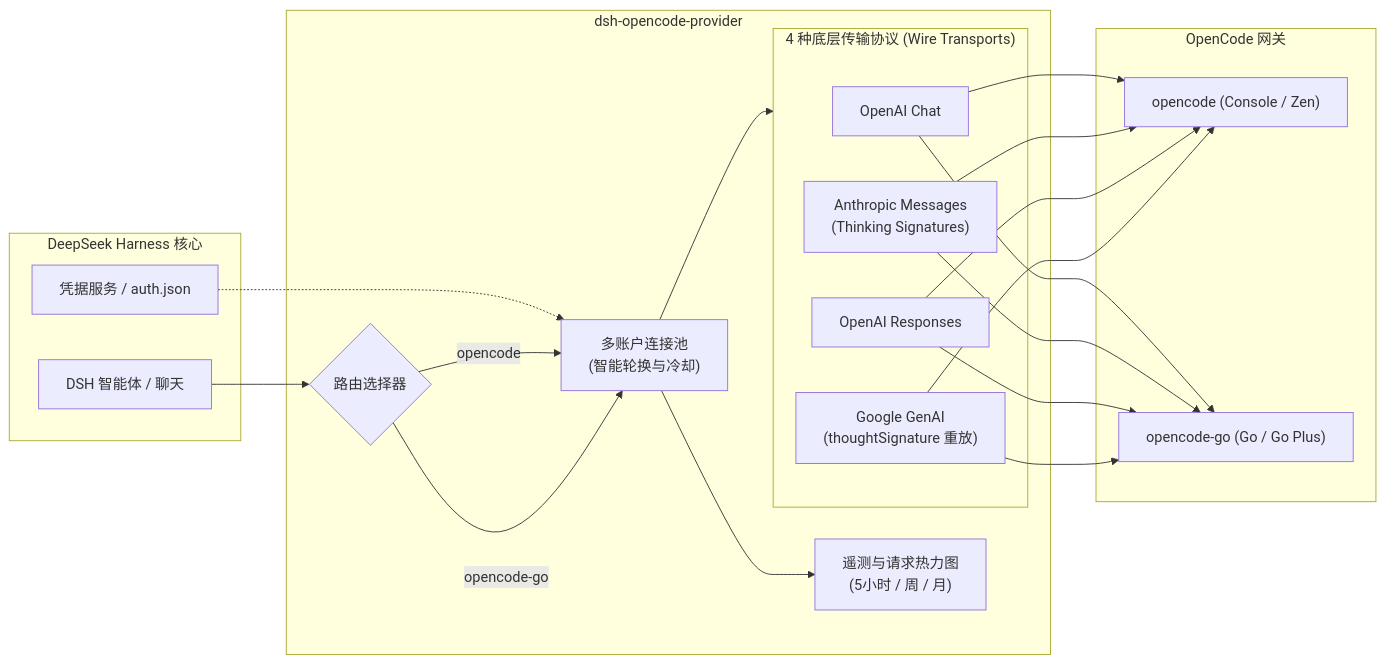
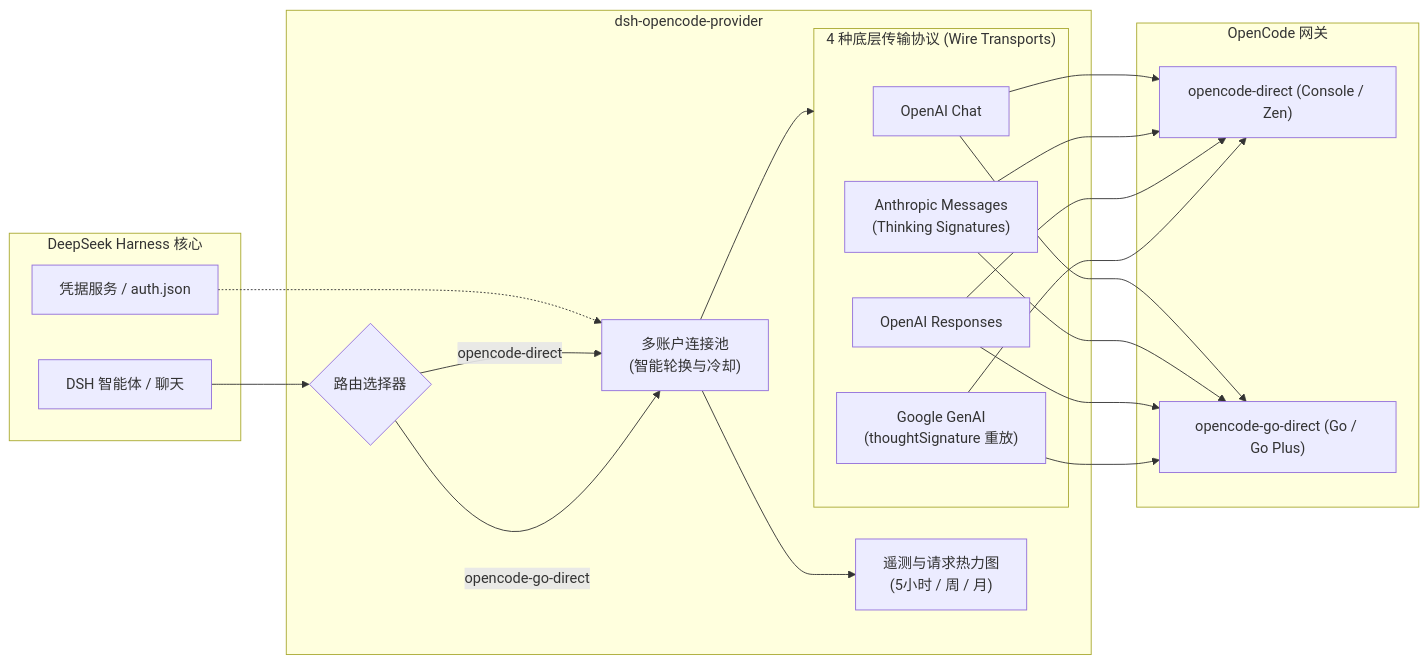
The diagram in README.zh.md (GooDAnDReaDY/dsh-opencode-provider), drawn with Mermaid before and after one commit. The commit also changed other lines of this file and 20 other files, not shown here.

````diff
--- a/README.zh.md
+++ b/README.zh.md
@@ -40,33 +45,33 @@
 ```mermaid
 graph LR
     subgraph DSH["DeepSeek Harness 核心"]
         Agent["DSH 智能体 / 聊天"]
         Creds["凭据服务 / auth.json"]
     end
 
     subgraph Plugin["dsh-opencode-provider"]
         Router{"路由选择器"}
         Pool["多账户连接池<br/>(智能轮换与冷却)"]
         Heatmap["遥测与请求热力图<br/>(5小时 / 周 / 月)"]
         
         subgraph Transports["4 种底层传输协议 (Wire Transports)"]
             T1["OpenAI Chat"]
             T2["Anthropic Messages<br/>(Thinking Signatures)"]
             T3["OpenAI Responses"]
             T4["Google GenAI<br/>(thoughtSignature 重放)"]
         end
     end
 
     subgraph OpenCode["OpenCode 网关"]
-        Console["opencode (Console / Zen)"]
-        Go["opencode-go (Go / Go Plus)"]
+        Console["opencode-direct (Console / Zen)"]
+        Go["opencode-go-direct (Go / Go Plus)"]
     end
 
     Agent --> Router
     Creds -.-> Pool
-    Router -->|opencode| Pool
-    Router -->|opencode-go| Pool
+    Router -->|opencode-direct| Pool
+    Router -->|opencode-go-direct| Pool
     Pool --> Heatmap
     Pool --> Transports
     T1 & T2 & T3 & T4 --> Console & Go
 ```
````
